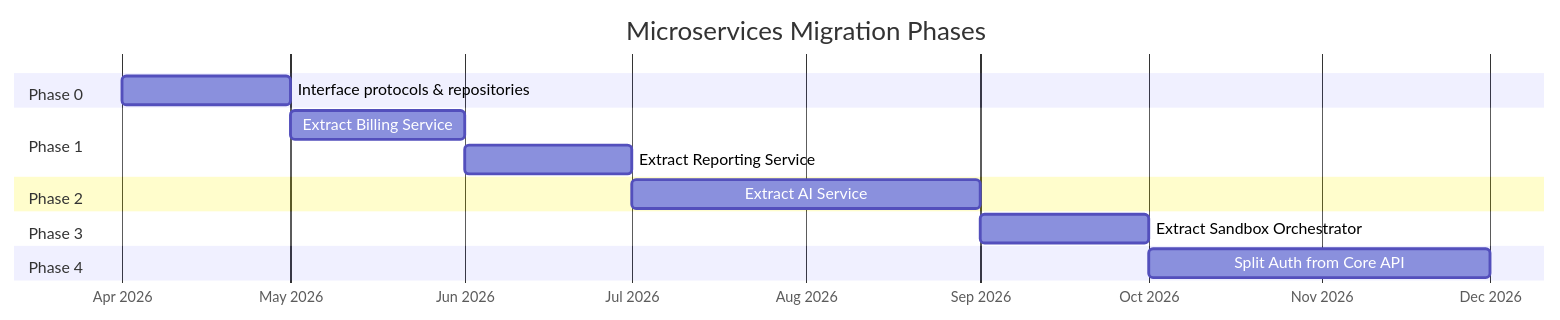
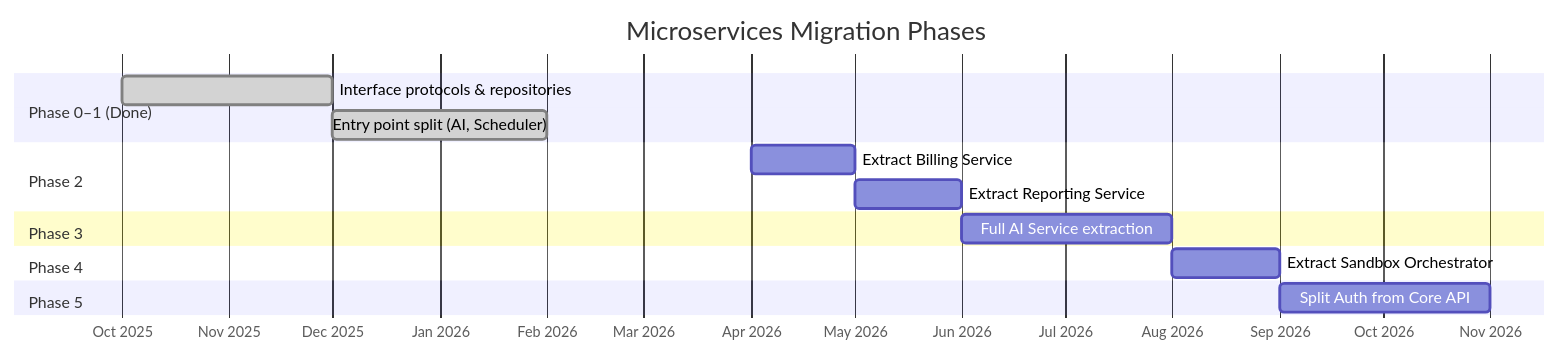
One commit to breixopd/Spectra changed the second of 2 diagrams in docs/wiki/microservices-split.md. Above: the diagram before and after it, drawn with Mermaid. The commit also changed other lines of this file and 2 other files, not shown here.

````diff
--- a/docs/wiki/microservices-split.md
+++ b/docs/wiki/microservices-split.md
@@ -439,22 +479,23 @@
 ```mermaid
 gantt
     title Microservices Migration Phases
     dateFormat YYYY-MM
     axisFormat %b %Y
 
-    section Phase 0
-    Interface protocols & repositories :p0, 2026-04, 2026-05
-
-    section Phase 1
-    Extract Billing Service   :p1a, 2026-05, 2026-06
-    Extract Reporting Service  :p1b, 2026-06, 2026-07
+    section Phase 0–1 (Done)
+    Interface protocols & repositories :done, p0, 2025-10, 2025-12
+    Entry point split (AI, Scheduler)  :done, p1, 2025-12, 2026-02
 
     section Phase 2
-    Extract AI Service         :p2, 2026-07, 2026-09
+    Extract Billing Service   :p2a, 2026-04, 2026-05
+    Extract Reporting Service  :p2b, 2026-05, 2026-06
 
     section Phase 3
-    Extract Sandbox Orchestrator :p3, 2026-09, 2026-10
+    Full AI Service extraction :p3, 2026-06, 2026-08
 
     section Phase 4
-    Split Auth from Core API   :p4, 2026-10, 2026-12
+    Extract Sandbox Orchestrator :p4, 2026-08, 2026-09
+
+    section Phase 5
+    Split Auth from Core API   :p5, 2026-09, 2026-11
 ```
````
